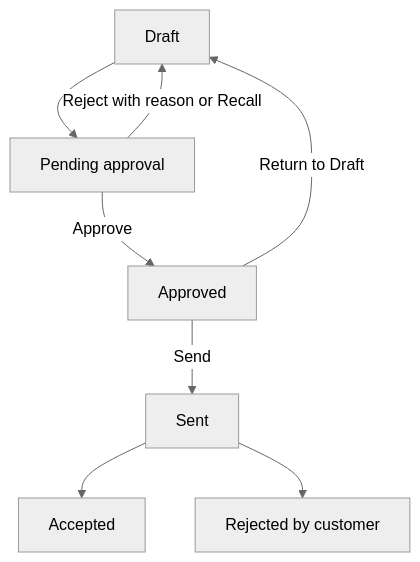
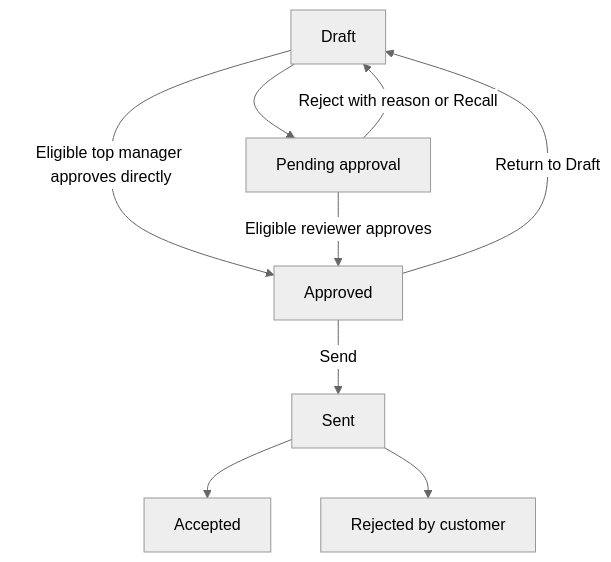
One commit to Super-ERP/crm-v2 changed the diagram in docs/gitbook-documentation/05-quotations-and-revisions.md. Above: the diagram before and after it, drawn with Mermaid (neutral theme). The commit also changed other lines of this file and 19 other files, not shown here.

````diff
--- a/docs/gitbook-documentation/05-quotations-and-revisions.md
+++ b/docs/gitbook-documentation/05-quotations-and-revisions.md
@@ -129,10 +126,11 @@
 ```mermaid
 flowchart TD
     D["Draft"] --> P["Pending approval"]
-    P -->|"Approve"| A["Approved"]
+    D -->|"Eligible top manager approves directly"| A["Approved"]
+    P -->|"Eligible reviewer approves"| A
     P -->|"Reject with reason or Recall"| D
     A -->|"Return to Draft"| D
     A -->|"Send"| S["Sent"]
     S --> C["Accepted"]
     S --> R["Rejected by customer"]
 ```
````
